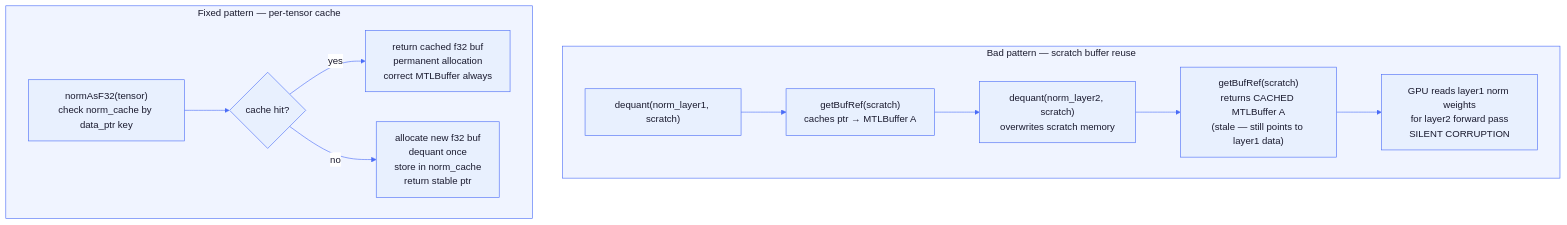
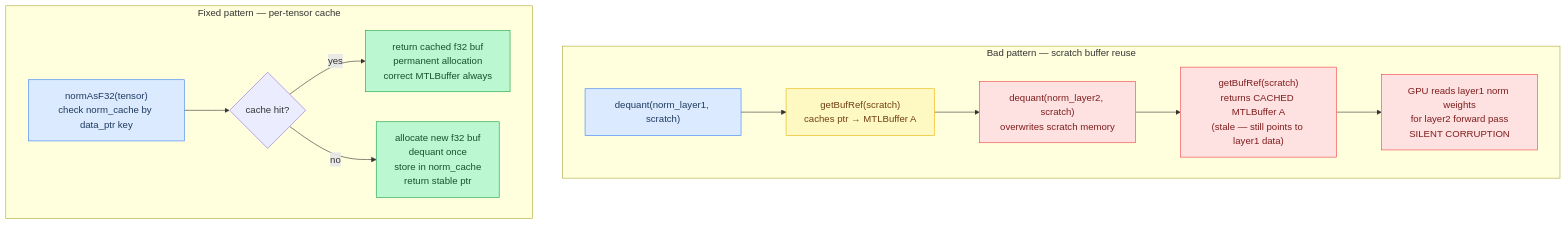
The sixth of 9 diagrams in docs/tutorial/14-format-conventions.md (maci0/agave), drawn with Mermaid before and after one commit. The commit also changed other lines of this file and 24 other files, not shown here.

First line of the commit message:
docs: convert all mermaid diagrams to classDef semantic colors

````diff
--- a/docs/tutorial/14-format-conventions.md
+++ b/docs/tutorial/14-format-conventions.md
@@ -496,35 +491,28 @@
 ```mermaid
-%%{init: {'theme': 'base', 'themeVariables': {
-  'primaryColor': '#e8f0fe',
-  'primaryTextColor': '#1a1a2e',
-  'primaryBorderColor': '#4a6cf7',
-  'lineColor': '#4a6cf7',
-  'secondaryColor': '#f0f4ff',
-  'tertiaryColor': '#f8f9ff',
-  'edgeLabelBackground': '#ffffff',
-  'clusterBkg': '#f0f4ff',
-  'clusterBorder': '#4a6cf7',
-  'titleColor': '#1a1a2e',
-  'nodeTextColor': '#1a1a2e',
-  'fontFamily': 'ui-monospace, SFMono-Regular, monospace'
-}}}%%
 flowchart TD
+    classDef setup     fill:#dbeafe,stroke:#3b82f6,color:#1e3a5f
+    classDef sync      fill:#dcfce7,stroke:#22c55e,color:#14532d
+    classDef migration fill:#fef9c3,stroke:#eab308,color:#713f12
+    classDef success   fill:#bbf7d0,stroke:#16a34a,color:#14532d
+    classDef danger    fill:#fee2e2,stroke:#ef4444,color:#7f1d1d
+    classDef optional  fill:#f3e8ff,stroke:#9333ea,color:#581c87
+
+    B1["dequant(norm_layer1, scratch)"]:::setup
+    B2["getBufRef(scratch)\ncaches ptr → MTLBuffer A"]:::migration
+    B3["dequant(norm_layer2, scratch)\noverwrites scratch memory"]:::danger
+    B4["getBufRef(scratch)\nreturns CACHED MTLBuffer A\n(stale — still points to layer1 data)"]:::danger
+    B5["GPU reads layer1 norm weights\nfor layer2 forward pass\nSILENT CORRUPTION"]:::danger
+    G1["normAsF32(tensor)\ncheck norm_cache by data_ptr key"]:::setup
+    G3["return cached f32 buf\npermanent allocation\ncorrect MTLBuffer always"]:::success
+    G4["allocate new f32 buf\ndequant once\nstore in norm_cache\nreturn stable ptr"]:::success
+
     subgraph Bad["Bad pattern — scratch buffer reuse"]
-        B1["dequant(norm_layer1, scratch)"]
-        B2["getBufRef(scratch)\ncaches ptr → MTLBuffer A"]
-        B3["dequant(norm_layer2, scratch)\noverwrites scratch memory"]
-        B4["getBufRef(scratch)\nreturns CACHED MTLBuffer A\n(stale — still points to layer1 data)"]
-        B5["GPU reads layer1 norm weights\nfor layer2 forward pass\nSILENT CORRUPTION"]
         B1 --> B2 --> B3 --> B4 --> B5
     end
 
     subgraph Good["Fixed pattern — per-tensor cache"]
-        G1["normAsF32(tensor)\ncheck norm_cache by data_ptr key"]
-        G2{"cache hit?"}
-        G3["return cached f32 buf\npermanent allocation\ncorrect MTLBuffer always"]
-        G4["allocate new f32 buf\ndequant once\nstore in norm_cache\nreturn stable ptr"]
-        G1 --> G2
+        G1 --> G2{"cache hit?"}
         G2 -->|"yes"| G3
         G2 -->|"no"| G4
     end
 ```
````
